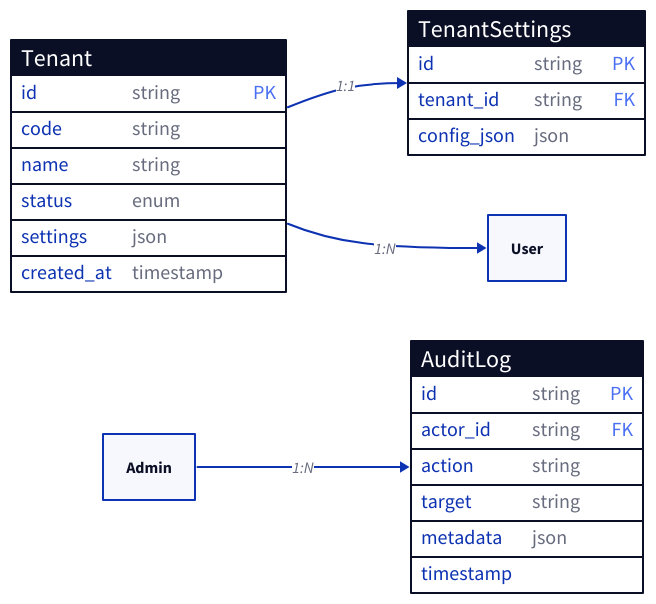
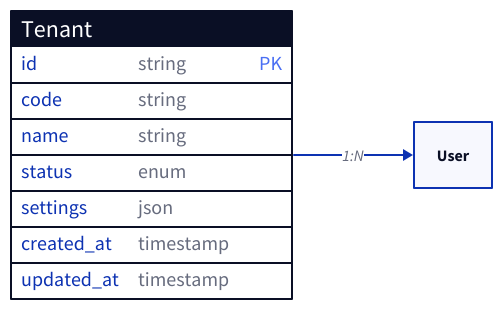
Before and after one commit to philongdanh/lms: the sixth of 6 diagrams in spec/modules/admin.md, drawn with D2. The commit also changed 100 other files, not shown here.

````diff
--- a/spec/modules/admin.md
+++ b/spec/modules/admin.md
@@ -151,34 +151,16 @@
 ```d2
 direction: right
 
 Tenant: {
   shape: sql_table
   id: string {constraint: primary_key}
   code: string
   name: string
   status: enum
   settings: json
   created_at: timestamp
+  updated_at: timestamp
 }
 
-TenantSettings: {
-  shape: sql_table
-  id: string {constraint: primary_key}
-  tenant_id: string {constraint: foreign_key}
-  config_json: json
-}
-
-AuditLog: {
-  shape: sql_table
-  id: string {constraint: primary_key}
-  actor_id: string {constraint: foreign_key}
-  action: string
-  target: string
-  metadata: json
-  timestamp: timestamp
-}
-
-Tenant -> TenantSettings: 1:1
 Tenant -> User: 1:N
-Admin -> AuditLog: 1:N
 ```
````
